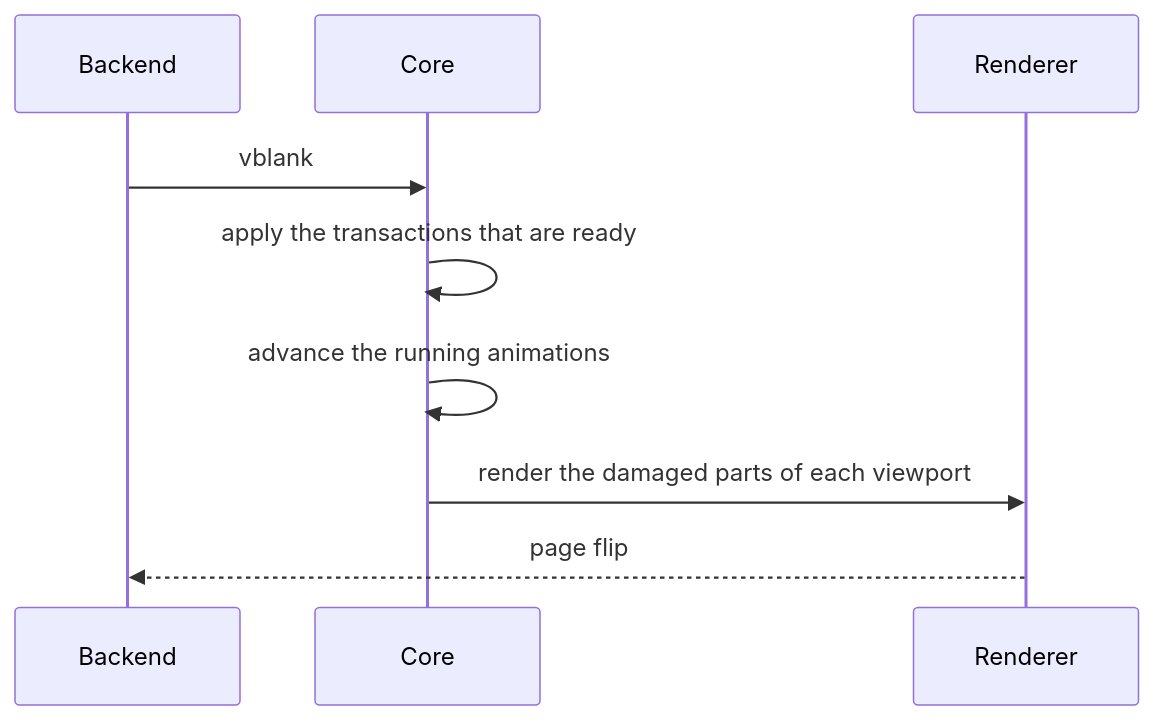
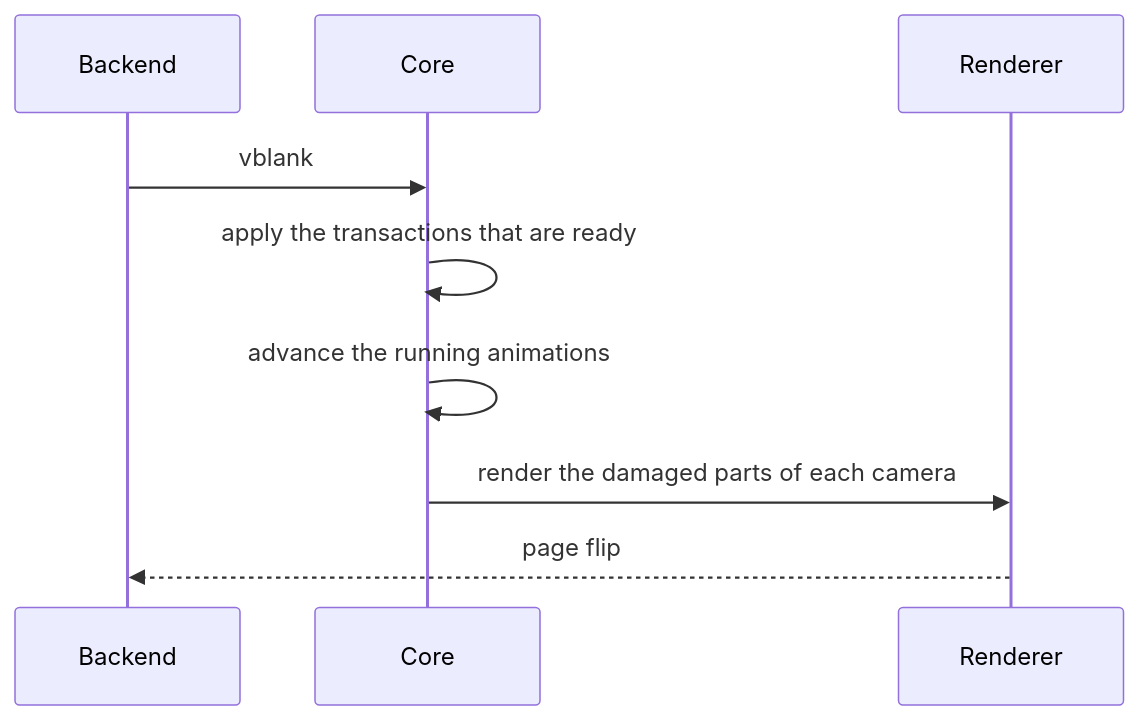
The second of 2 diagrams in docs/architecture.md (MArpogaus/chora), drawn with Mermaid before and after one commit. The commit also changed other lines of this file and 14 other files, not shown here.

````diff
--- a/docs/architecture.md
+++ b/docs/architecture.md
@@ -115,11 +141,11 @@
 ```mermaid
 sequenceDiagram
     participant B as Backend
     participant C as Core
     participant R as Renderer
     B->>C: vblank
     C->>C: apply the transactions that are ready
     C->>C: advance the running animations
-    C->>R: render the damaged parts of each viewport
+    C->>R: render the damaged parts of each camera
     R-->>B: page flip
 ```
````
